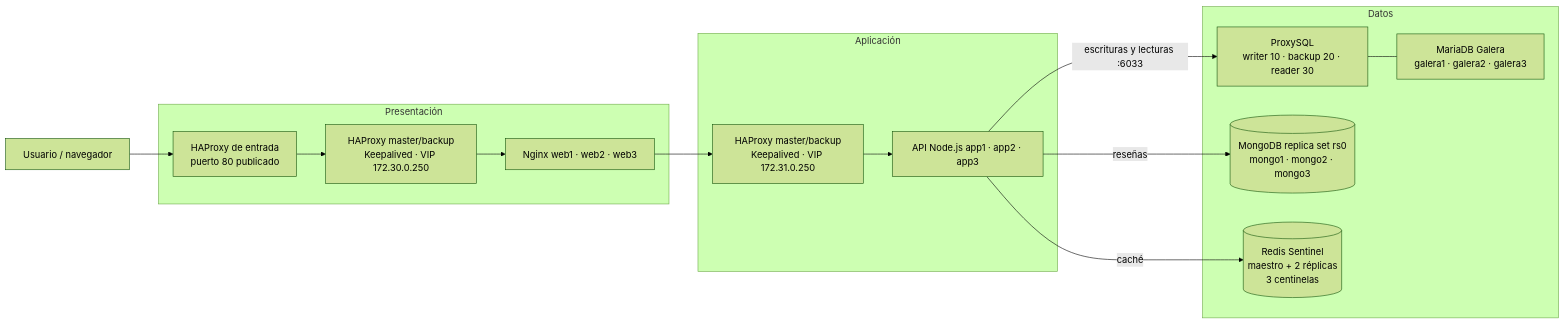
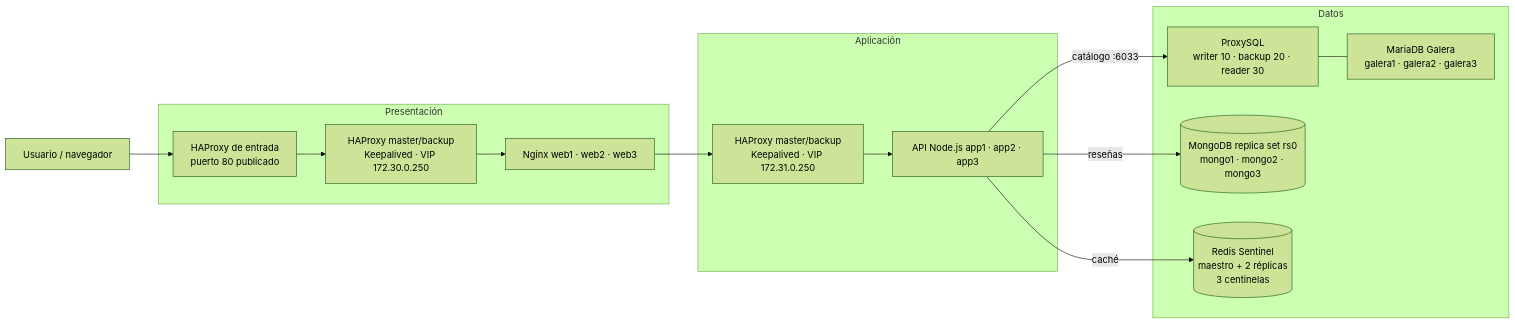
One commit to SrMeme64/distributedsystems changed the diagram in README.md. Above: the diagram before and after it, drawn with Mermaid (forest theme). The commit also changed other lines of this file and 13 other files, not shown here.

````diff
--- a/README.md
+++ b/README.md
@@ -57,28 +31,28 @@
 ```mermaid
 flowchart LR
     cliente[Usuario / navegador]
     subgraph presentacion["Presentación"]
         entry["HAProxy de entrada<br/>puerto 80 publicado"]
         haprP["HAProxy master/backup<br/>Keepalived · VIP 172.30.0.250"]
         web["Nginx web1 · web2 · web3"]
         entry --> haprP
         haprP --> web
     end
     subgraph aplicacion["Aplicación"]
         haprA["HAProxy master/backup<br/>Keepalived · VIP 172.31.0.250"]
         api["API Node.js app1 · app2 · app3"]
         haprA --> api
     end
     subgraph datos["Datos"]
         proxy["ProxySQL<br/>writer 10 · backup 20 · reader 30"]
         galera["MariaDB Galera<br/>galera1 · galera2 · galera3"]
         mongo[("MongoDB replica set rs0<br/>mongo1 · mongo2 · mongo3")]
         redis[("Redis Sentinel<br/>maestro + 2 réplicas<br/>3 centinelas")]
         proxy --- galera
     end
     cliente --> entry
     web --> haprA
-    api -->|"escrituras y lecturas :6033"| proxy
+    api -->|"catálogo :6033"| proxy
     api -->|"reseñas"| mongo
     api -->|"caché"| redis
 ```
````
